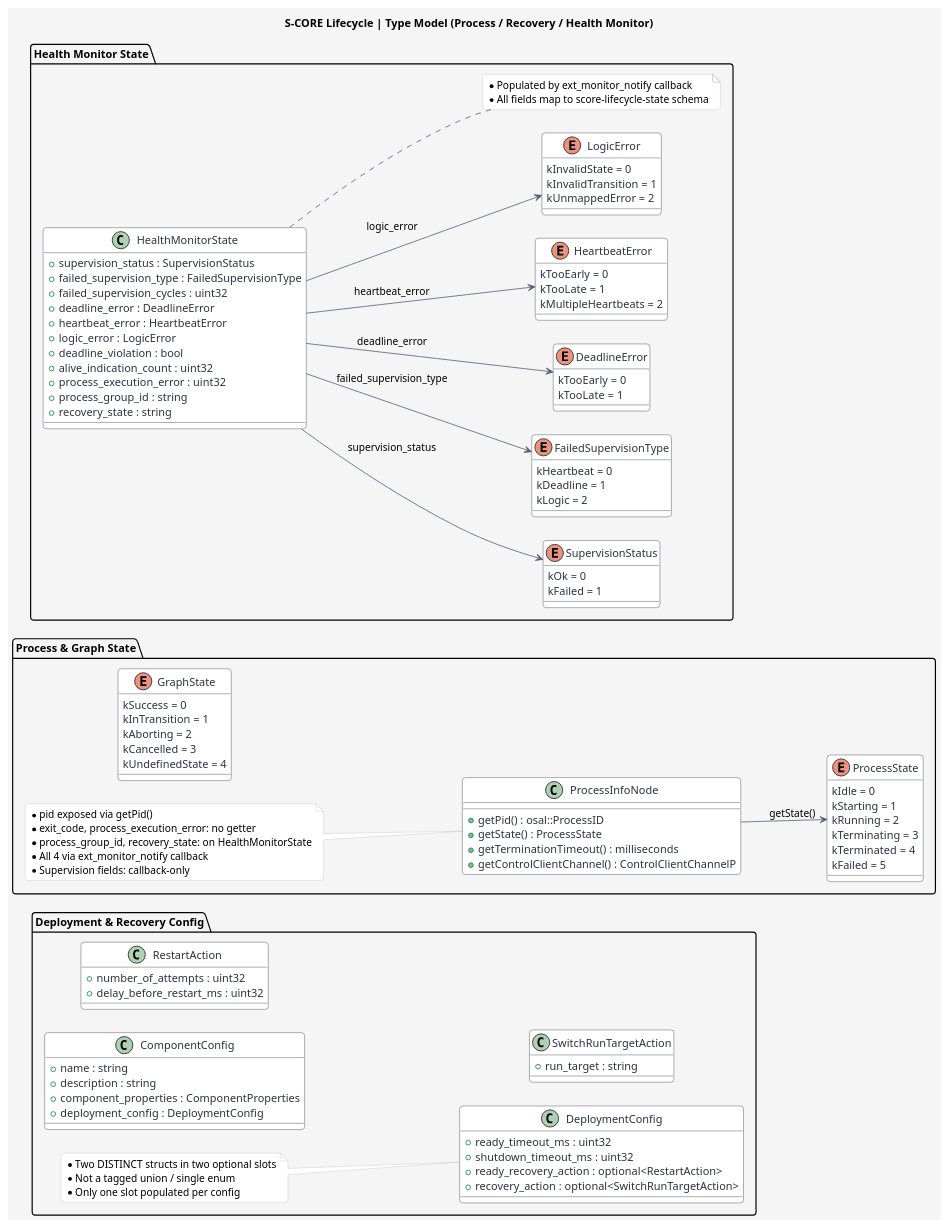
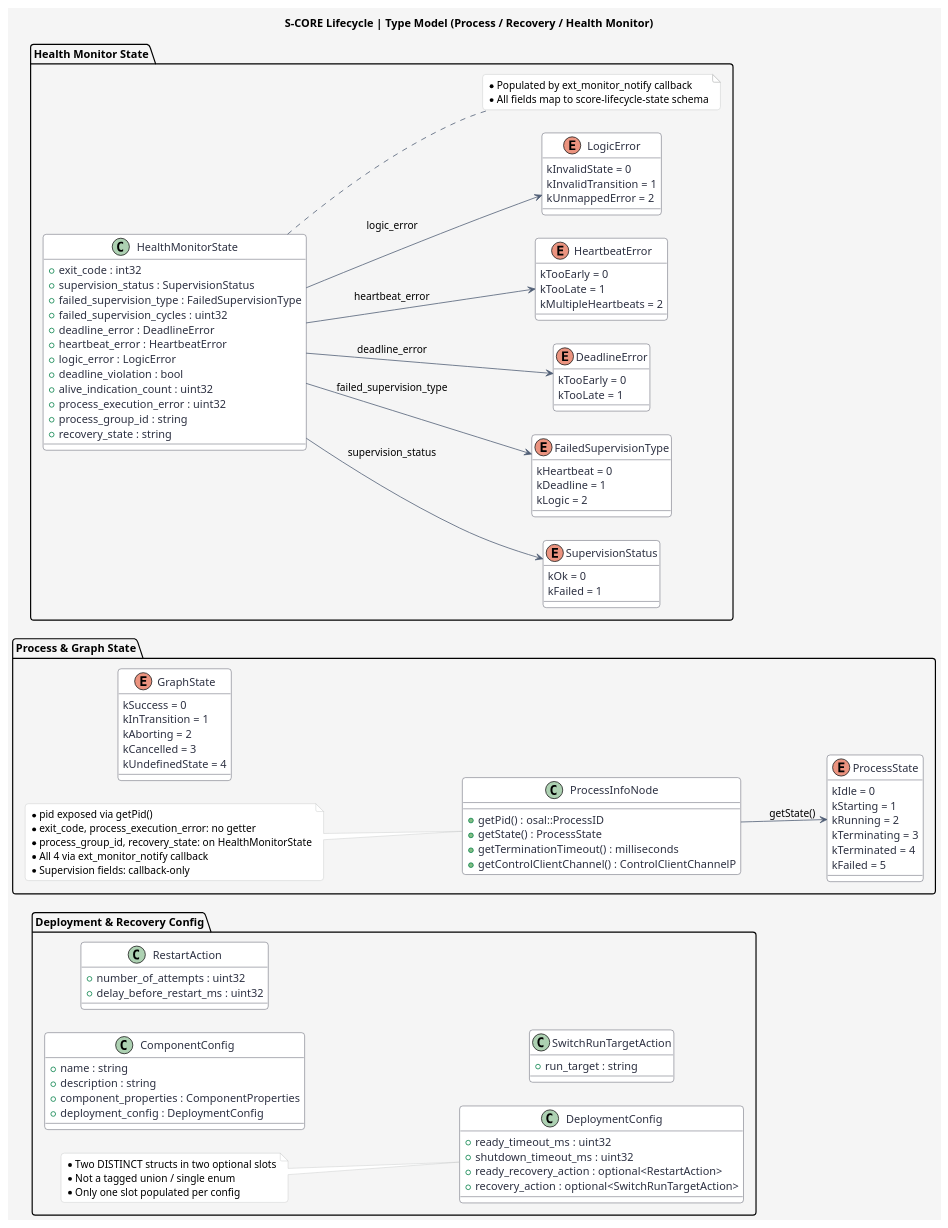
The diagram in docs/features/diagrams/lifecycle/Lifecycle_type_model.puml (akshayg0314/vel), drawn with PlantUML before and after one commit. The commit also changed 46 other files, not shown here.

Commit message:
Modified Class and Sequence Diagram for VEL/Lifecycle collector as per reviews

```diff
--- a/docs/features/diagrams/lifecycle/Lifecycle_type_model.puml
+++ b/docs/features/diagrams/lifecycle/Lifecycle_type_model.puml
@@ -1,142 +1,143 @@
 @startuml
 title S-CORE Lifecycle | Type Model (Process / Recovery / Health Monitor)
 left to right direction
 skinparam backgroundColor #F5F5F5
 skinparam shadowing false
 skinparam roundCorner 8
 skinparam ArrowColor #4F5D75
 skinparam classBorderColor #2D3142
 skinparam classBackgroundColor #FFFFFF
 skinparam classFontColor #2D3142
 skinparam classAttributeFontColor #2D3142
 skinparam noteBackgroundColor #FFFFFF
 skinparam noteBorderColor #BFC0C0
 skinparam nodesep 30
 skinparam ranksep 30
 
 package "Process & Graph State" {
   enum ProcessState {
     kIdle = 0
     kStarting = 1
     kRunning = 2
     kTerminating = 3
     kTerminated = 4
     kFailed = 5
   }
 
   enum GraphState {
     kSuccess = 0
     kInTransition = 1
     kAborting = 2
     kCancelled = 3
     kUndefinedState = 4
   }
 
   class ProcessInfoNode {
     +getPid() : osal::ProcessID
     +getState() : ProcessState
     +getTerminationTimeout() : milliseconds
     +getControlClientChannel() : ControlClientChannelP
   }
 
   ProcessInfoNode --> ProcessState : getState()
 
   note left of ProcessInfoNode
     * pid exposed via getPid()
     * exit_code, process_execution_error: no getter
     * process_group_id, recovery_state: on HealthMonitorState
     * All 4 via ext_monitor_notify callback
     * Supervision fields: callback-only
   end note
 }
 
 package "Health Monitor State" {
   enum SupervisionStatus {
     kOk = 0
     kFailed = 1
   }
 
   enum FailedSupervisionType {
     kHeartbeat = 0
     kDeadline = 1
     kLogic = 2
   }
 
   enum DeadlineError {
     kTooEarly = 0
     kTooLate = 1
   }
 
   enum HeartbeatError {
     kTooEarly = 0
     kTooLate = 1
     kMultipleHeartbeats = 2
   }
 
   enum LogicError {
     kInvalidState = 0
     kInvalidTransition = 1
     kUnmappedError = 2
   }
 
   class HealthMonitorState {
+    +exit_code : int32
     +supervision_status : SupervisionStatus
     +failed_supervision_type : FailedSupervisionType
     +failed_supervision_cycles : uint32
     +deadline_error : DeadlineError
     +heartbeat_error : HeartbeatError
     +logic_error : LogicError
     +deadline_violation : bool
     +alive_indication_count : uint32
     +process_execution_error : uint32
     +process_group_id : string
     +recovery_state : string
   }
 
   HealthMonitorState --> SupervisionStatus : supervision_status
   HealthMonitorState --> FailedSupervisionType : failed_supervision_type
   HealthMonitorState --> DeadlineError : deadline_error
   HealthMonitorState --> HeartbeatError : heartbeat_error
   HealthMonitorState --> LogicError : logic_error
 
   note right of HealthMonitorState
     * Populated by ext_monitor_notify callback
     * All fields map to score-lifecycle-state schema
   end note
 }
 
 package "Deployment & Recovery Config" {
   class DeploymentConfig {
     +ready_timeout_ms : uint32
     +shutdown_timeout_ms : uint32
     +ready_recovery_action : optional<RestartAction>
     +recovery_action : optional<SwitchRunTargetAction>
   }
 
   class ComponentConfig {
     +name : string
     +description : string
     +component_properties : ComponentProperties
     +deployment_config : DeploymentConfig
   }
 
   class RestartAction {
     +number_of_attempts : uint32
     +delay_before_restart_ms : uint32
   }
 
   class SwitchRunTargetAction {
     +run_target : string
   }
 
   ' Composition relationships are implicit in the field declarations above
   ' (e.g., DeploymentConfig.ready_recovery_action : optional<RestartAction>)
   ' No explicit arrows needed since the field types are visible in the class bodies.
 
   note left of DeploymentConfig
     * Two DISTINCT structs in two optional slots
     * Not a tagged union / single enum
     * Only one slot populated per config
   end note
 }
 @enduml
```
